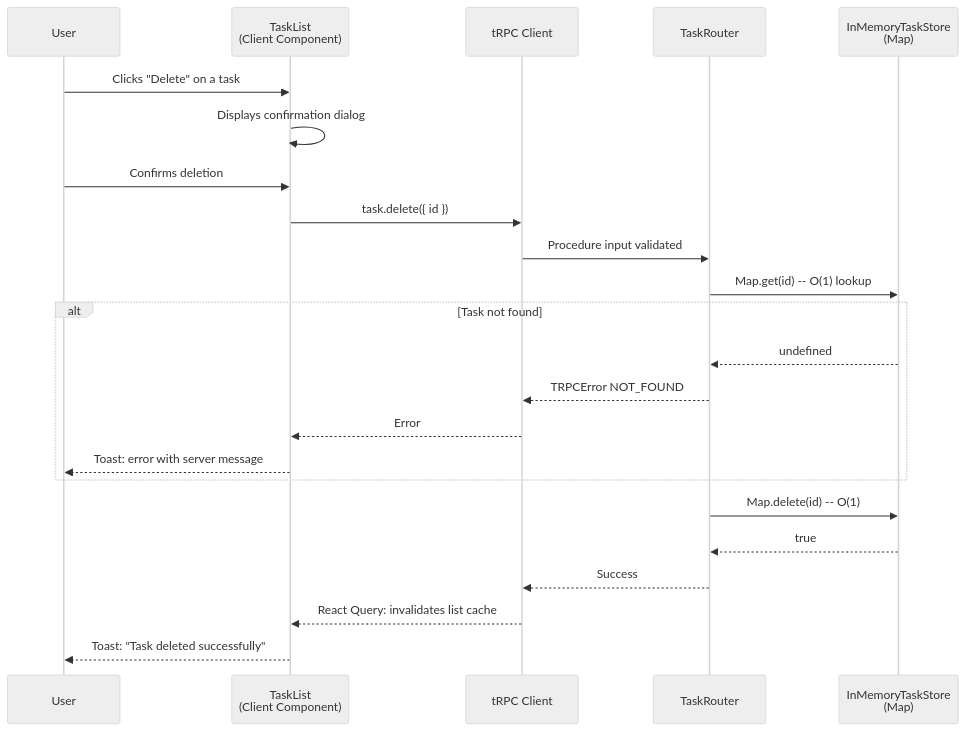
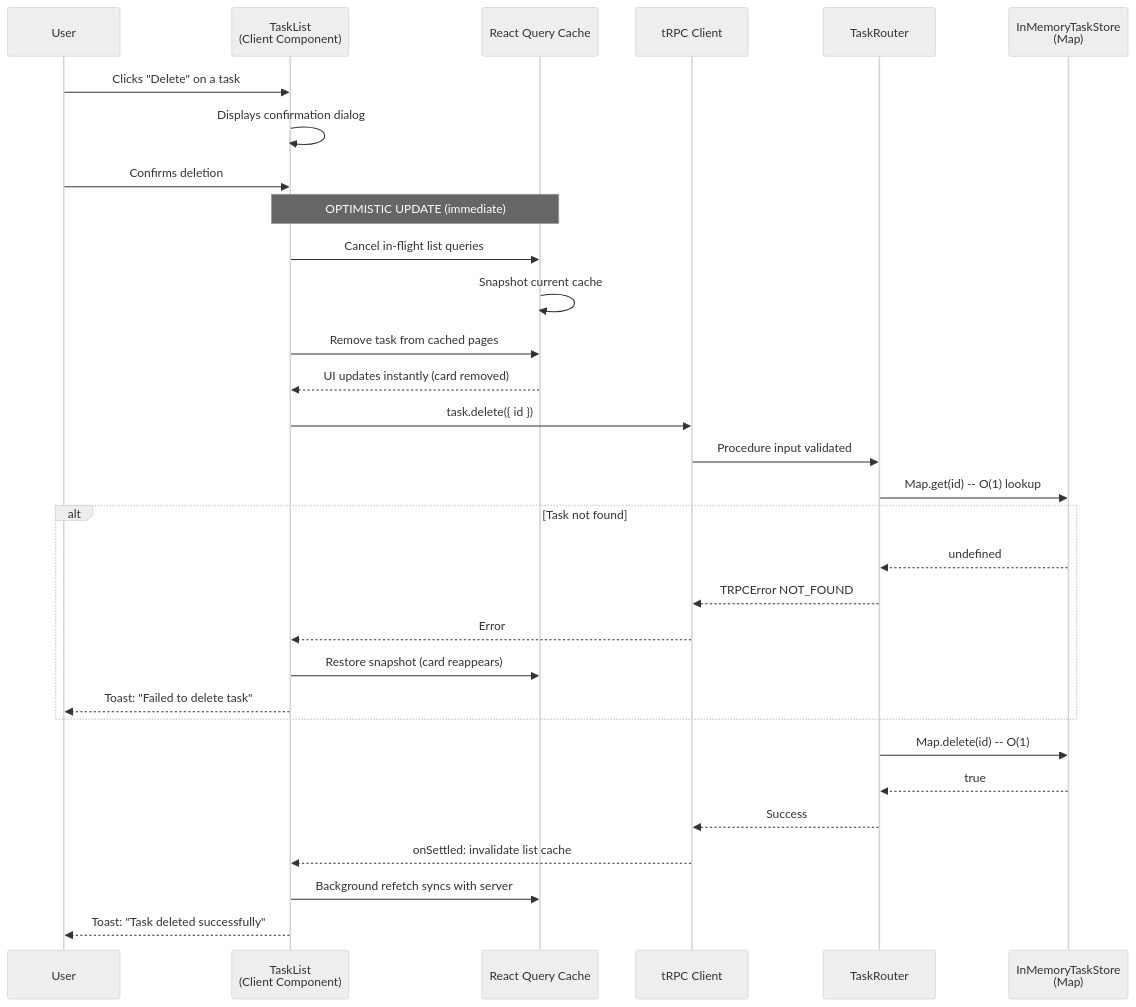
The fifth of 6 diagrams in docs/R&D/R&D_TaskArtefact--02.01.md (Feellipe/trail-task-artefact), drawn with Mermaid (neutral theme) before and after one commit. The commit also changed other lines of this file and 4 other files, not shown here.

Commit message:
fix the trigger for invalidate, add optimistic update on card deletion

````diff
--- a/docs/R&D/R&D_TaskArtefact--02.01.md
+++ b/docs/R&D/R&D_TaskArtefact--02.01.md
@@ -299,28 +299,38 @@
 ```mermaid
 sequenceDiagram
     participant U as User
     participant List as TaskList<br/>(Client Component)
+    participant RQ as React Query Cache
     participant TRPC as tRPC Client
     participant Router as TaskRouter
     participant Store as InMemoryTaskStore<br/>(Map)
 
     U->>List: Clicks "Delete" on a task
     List->>List: Displays confirmation dialog
     U->>List: Confirms deletion
+
+    Note over List,RQ: OPTIMISTIC UPDATE (immediate)
+    List->>RQ: Cancel in-flight list queries
+    RQ->>RQ: Snapshot current cache
+    List->>RQ: Remove task from cached pages
+    RQ-->>List: UI updates instantly (card removed)
+
     List->>TRPC: task.delete({ id })
     TRPC->>Router: Procedure input validated
     Router->>Store: Map.get(id) -- O(1) lookup
 
     alt Task not found
         Store-->>Router: undefined
         Router-->>TRPC: TRPCError NOT_FOUND
         TRPC-->>List: Error
-        List-->>U: Toast: error with server message
+        List->>RQ: Restore snapshot (card reappears)
+        List-->>U: Toast: "Failed to delete task"
     end
 
     Router->>Store: Map.delete(id) -- O(1)
     Store-->>Router: true
     Router-->>TRPC: Success
-    TRPC-->>List: React Query: invalidates list cache
+    TRPC-->>List: onSettled: invalidate list cache
+    List->>RQ: Background refetch syncs with server
     List-->>U: Toast: "Task deleted successfully"
 ```
````
